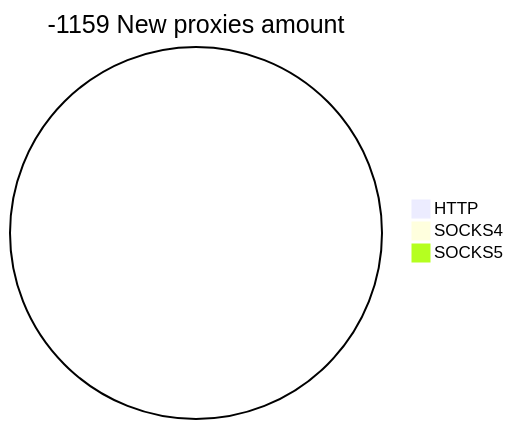
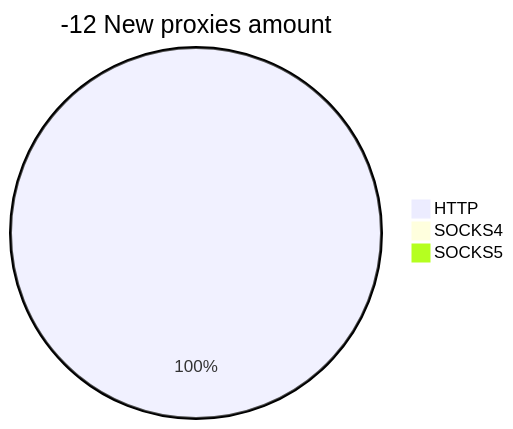
The second of 2 diagrams in README.md (cutipu/proxylist), drawn with Mermaid before and after one commit. The commit also changed other lines of this file, not shown here.

````diff
--- a/README.md
+++ b/README.md
@@ -10,6 +10,6 @@
 ```mermaid
-pie title -1159 New proxies amount
-    "HTTP" : 0
+pie title -12 New proxies amount
+    "HTTP" : 30
     "SOCKS4" : 0
     "SOCKS5" : 0
 ```
````
